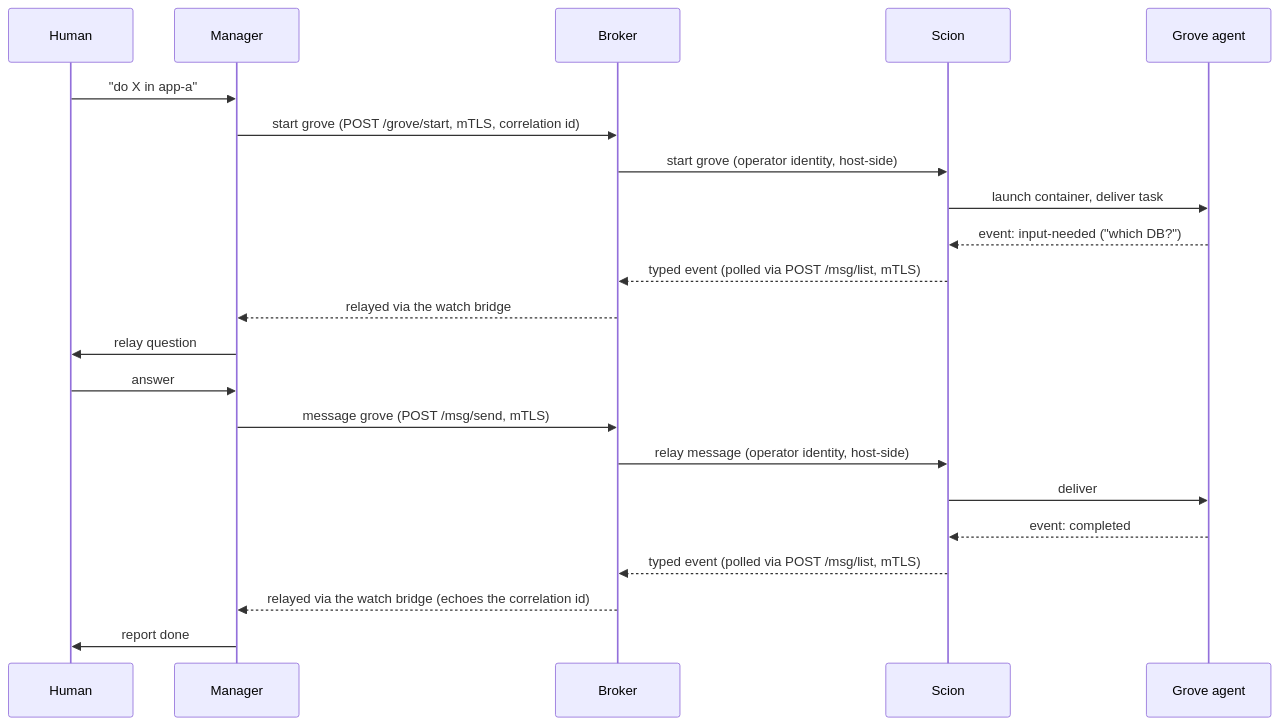
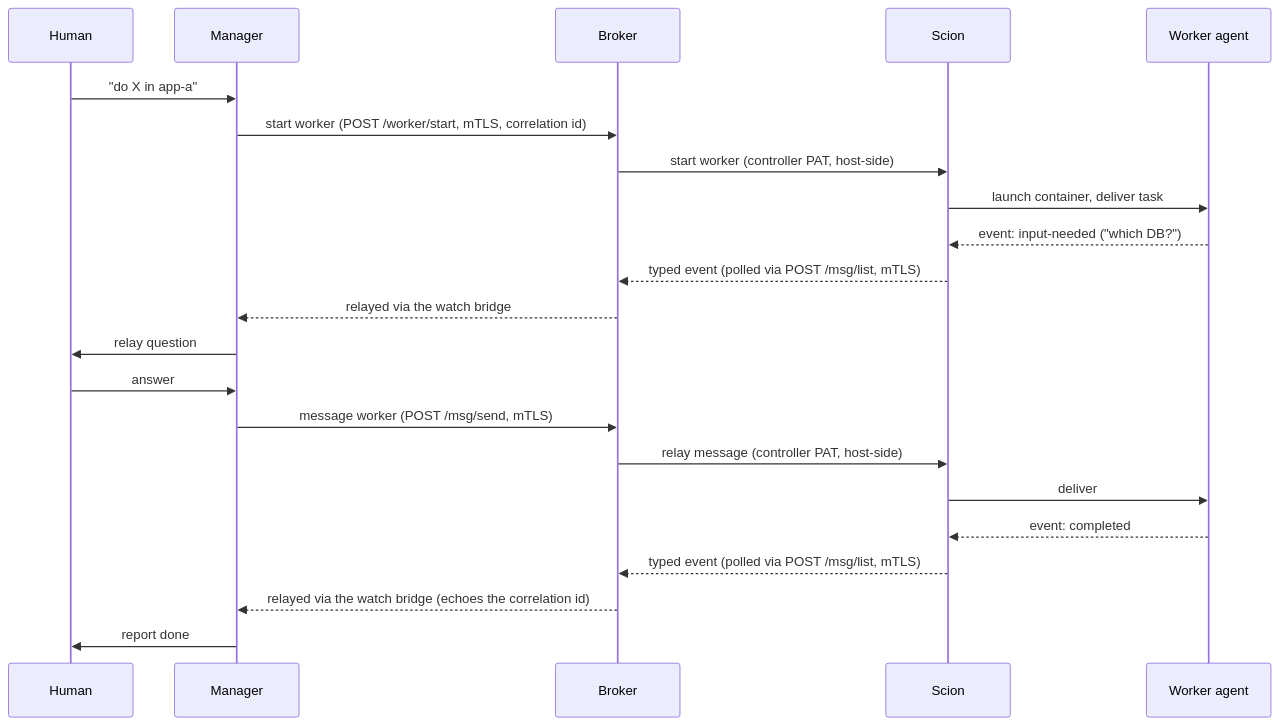
Before and after one commit to stevegeek/lever: the third of 3 diagrams in docs-site/_guides/architecture.md, drawn with Mermaid. The commit also changed other lines of this file and 1 other file, not shown here.

First line of the commit message:
docs(site): architecture + security-model → single-project model + controller-PAT/dev-auth-off

````diff
--- a/docs-site/_guides/architecture.md
+++ b/docs-site/_guides/architecture.md
@@ -137,24 +150,24 @@
 ```mermaid
 sequenceDiagram
     participant Hu as Human
     participant Mg as Manager
     participant Br as Broker
     participant Sc as Scion
-    participant Gv as Grove agent
+    participant Wk as Worker agent
     Hu->>Mg: "do X in app-a"
-    Mg->>Br: start grove (POST /grove/start, mTLS, correlation id)
-    Br->>Sc: start grove (operator identity, host-side)
-    Sc->>Gv: launch container, deliver task
-    Gv-->>Sc: event: input-needed ("which DB?")
+    Mg->>Br: start worker (POST /worker/start, mTLS, correlation id)
+    Br->>Sc: start worker (controller PAT, host-side)
+    Sc->>Wk: launch container, deliver task
+    Wk-->>Sc: event: input-needed ("which DB?")
     Sc-->>Br: typed event (polled via POST /msg/list, mTLS)
     Br-->>Mg: relayed via the watch bridge
     Mg->>Hu: relay question
     Hu->>Mg: answer
-    Mg->>Br: message grove (POST /msg/send, mTLS)
-    Br->>Sc: relay message (operator identity, host-side)
-    Sc->>Gv: deliver
-    Gv-->>Sc: event: completed
+    Mg->>Br: message worker (POST /msg/send, mTLS)
+    Br->>Sc: relay message (controller PAT, host-side)
+    Sc->>Wk: deliver
+    Wk-->>Sc: event: completed
     Sc-->>Br: typed event (polled via POST /msg/list, mTLS)
     Br-->>Mg: relayed via the watch bridge (echoes the correlation id)
     Mg->>Hu: report done
 ```
````
